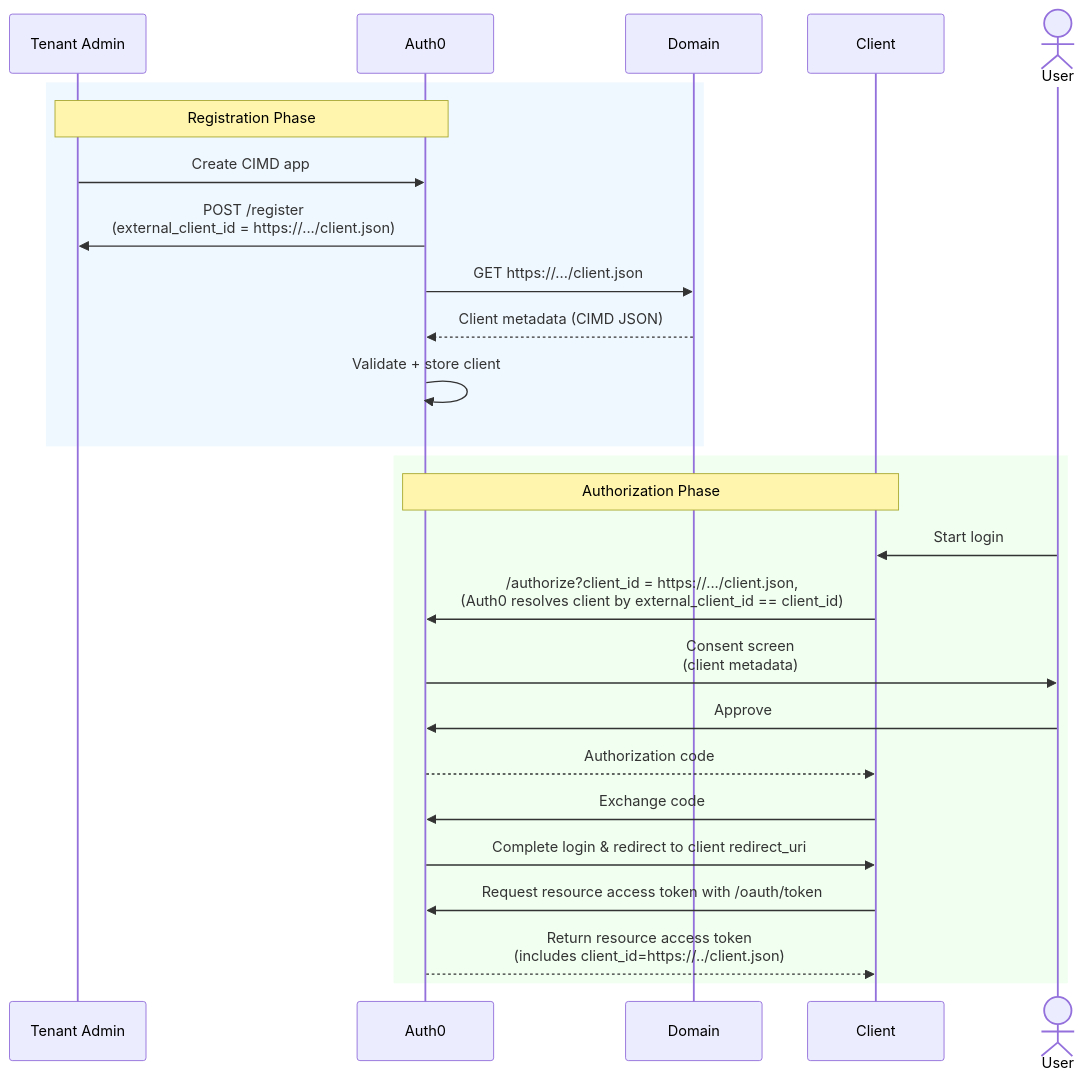
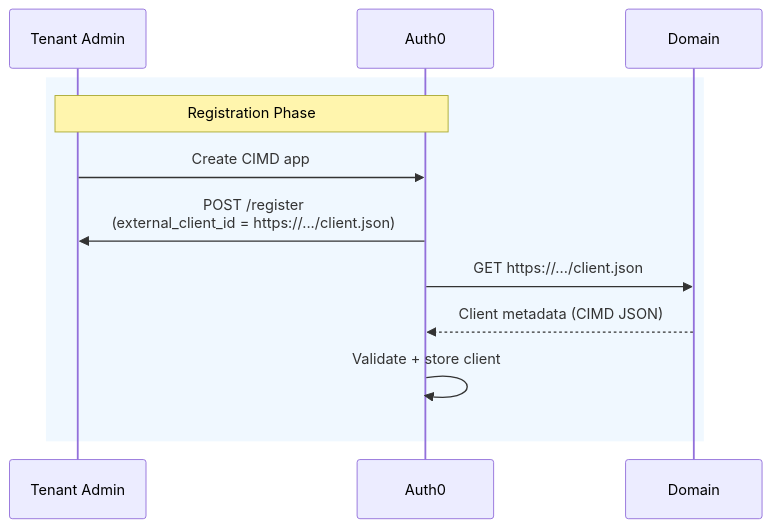
One commit to auth0/docs-v2 changed the diagram in auth4genai/mcp/guides/registering-your-mcp-client-application/manual-cimd-registration.mdx. Above: the diagram before and after it, drawn with Mermaid. The commit also changed other lines of this file and 3 other files, not shown here.

````diff
--- a/auth4genai/mcp/guides/registering-your-mcp-client-application/manual-cimd-registration.mdx
+++ b/auth4genai/mcp/guides/registering-your-mcp-client-application/manual-cimd-registration.mdx
@@ -48,34 +47,15 @@
-```mermaid
+```mermaid theme={null}
+%%{init: { "sequence": { "mirrorActors": true }}}%%
 sequenceDiagram
-    %%{init: { "sequence": { "mirrorActors": true }}}%%
-    
     rect rgb(240, 248, 255)
     Note over Tenant Admin,Auth0: Registration Phase
     participant Tenant Admin
     participant Auth0
     participant Domain
-    
     Tenant Admin->>Auth0: Create CIMD app
     Auth0->>Tenant Admin: POST /register<br/>(external_client_id = https://.../client.json)
     Auth0->>Domain: GET https://.../client.json
     Domain-->>Auth0: Client metadata (CIMD JSON)
     Auth0->>Auth0: Validate + store client
     end
-    
-    rect rgb(240, 255, 240)
-    Note over Client,Auth0: Authorization Phase
-    actor User
-    participant Client
-    participant Auth0
-    
-    User->>Client: Start login
-    Client->>Auth0: /authorize?client_id = https://.../client.json,<br/>(Auth0 resolves client by external_client_id == client_id)
-    Auth0->>User: Consent screen<br/>(client metadata)
-    User->>Auth0: Approve
-    Auth0-->>Client: Authorization code
-    Client->>Auth0: Exchange code
-    Auth0->>Client: Complete login & redirect to client redirect_uri
-    Client->>Auth0: Request resource access token with /oauth/token
-    Auth0-->>Client: Return resource access token <br/> (includes client_id=https://../client.json)
-    end
 ```
````
